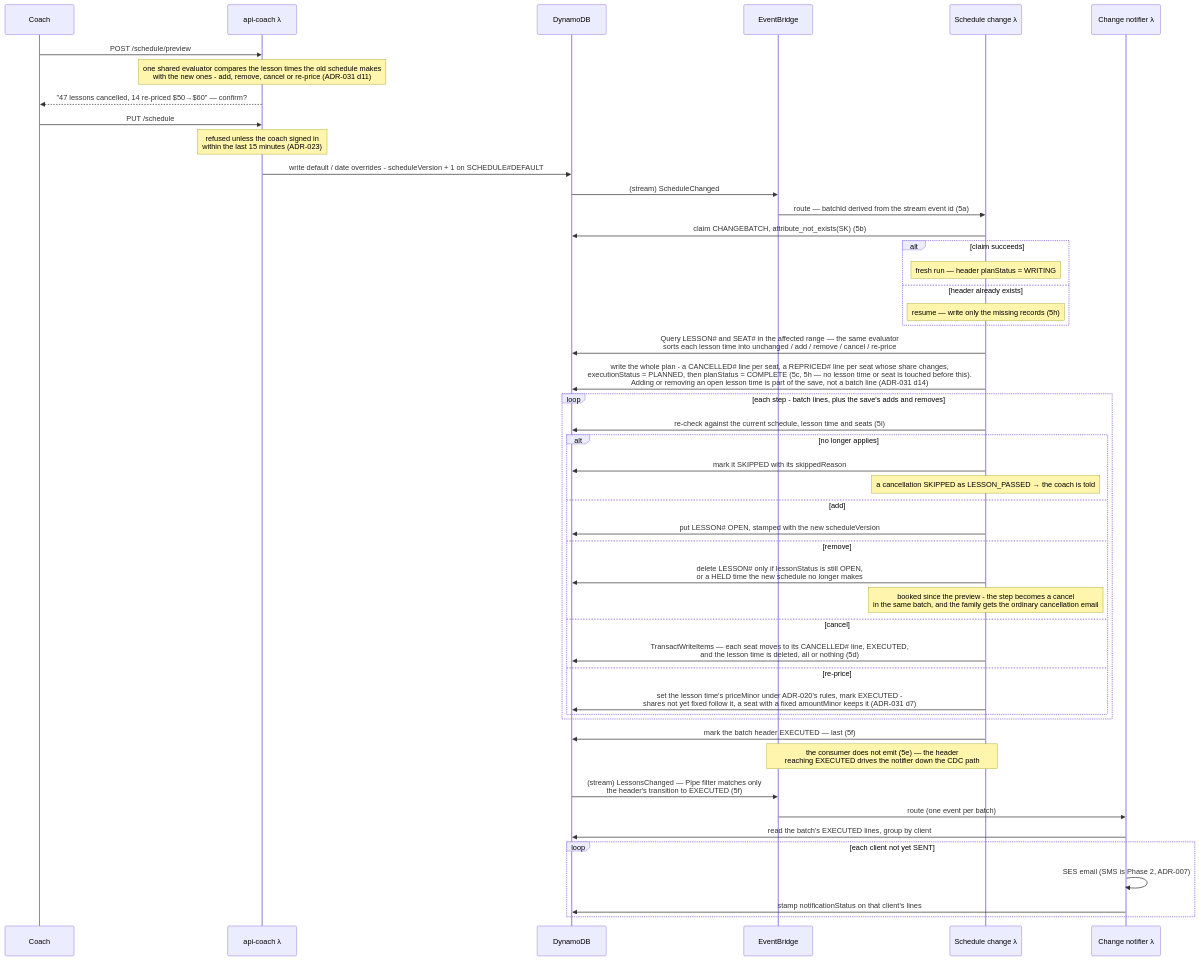
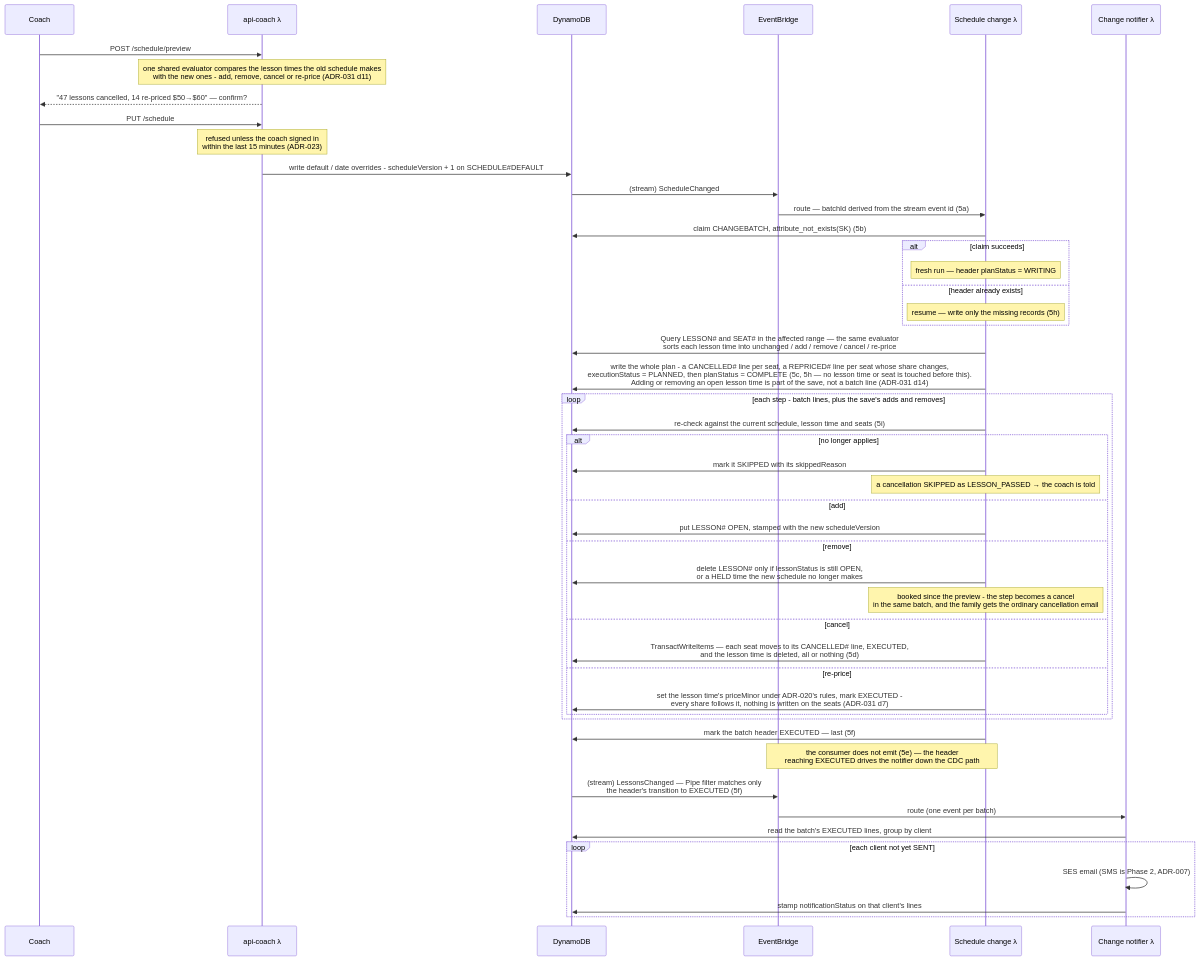
Diagram 15 of 28 in docs/architecture.md (jessicamvega6/bladebook), drawn with Mermaid before and after one commit. The commit also changed other lines of this file and 30 other files, not shown here.

````diff
--- a/docs/architecture.md
+++ b/docs/architecture.md
@@ -1082,50 +1079,50 @@
 ```mermaid
 sequenceDiagram
     participant C as Coach
     participant API as api-coach λ
     participant DB as DynamoDB
     participant Bus as EventBridge
     participant X as Schedule change λ
     participant N as Change notifier λ
     C->>API: POST /schedule/preview
     Note over API: one shared evaluator compares the lesson times the old schedule makes<br/>with the new ones - add, remove, cancel or re-price (ADR-031 d11)
     API-->>C: "47 lessons cancelled, 14 re-priced $50→$60" — confirm?
     C->>API: PUT /schedule
     Note over API: refused unless the coach signed in<br/>within the last 15 minutes (ADR-023)
     API->>DB: write default / date overrides - scheduleVersion + 1 on SCHEDULE#35;DEFAULT
     DB->>Bus: (stream) ScheduleChanged
     Bus->>X: route — batchId derived from the stream event id (5a)
     X->>DB: claim CHANGEBATCH, attribute_not_exists(SK) (5b)
     alt claim succeeds
         Note over X: fresh run — header planStatus = WRITING
     else header already exists
         Note over X: resume — write only the missing records (5h)
     end
     X->>DB: Query LESSON#35; and SEAT#35; in the affected range — the same evaluator<br/>sorts each lesson time into unchanged / add / remove / cancel / re-price
     X->>DB: write the whole plan - a CANCELLED#35; line per seat, a REPRICED#35; line per seat whose share changes,<br/>executionStatus = PLANNED, then planStatus = COMPLETE (5c, 5h — no lesson time or seat is touched before this).<br/>Adding or removing an open lesson time is part of the save, not a batch line (ADR-031 d14)
     loop each step - batch lines, plus the save's adds and removes
         X->>DB: re-check against the current schedule, lesson time and seats (5i)
         alt no longer applies
             X->>DB: mark it SKIPPED with its skippedReason
             Note over X: a cancellation SKIPPED as LESSON_PASSED → the coach is told
         else add
             X->>DB: put LESSON#35; OPEN, stamped with the new scheduleVersion
         else remove
             X->>DB: delete LESSON#35; only if lessonStatus is still OPEN,<br/>or a HELD time the new schedule no longer makes
             Note over X: booked since the preview - the step becomes a cancel<br/>in the same batch, and the family gets the ordinary cancellation email
         else cancel
             X->>DB: TransactWriteItems — each seat moves to its CANCELLED#35; line, EXECUTED,<br/>and the lesson time is deleted, all or nothing (5d)
         else re-price
-            X->>DB: set the lesson time's priceMinor under ADR-020's rules, mark EXECUTED -<br/>shares not yet fixed follow it, a seat with a fixed amountMinor keeps it (ADR-031 d7)
+            X->>DB: set the lesson time's priceMinor under ADR-020's rules, mark EXECUTED -<br/>every share follows it, nothing is written on the seats (ADR-031 d7)
         end
     end
     X->>DB: mark the batch header EXECUTED — last (5f)
     Note over X,Bus: the consumer does not emit (5e) — the header<br/>reaching EXECUTED drives the notifier down the CDC path
     DB->>Bus: (stream) LessonsChanged — Pipe filter matches only<br/>the header's transition to EXECUTED (5f)
     Bus->>N: route (one event per batch)
     N->>DB: read the batch's EXECUTED lines, group by client
     loop each client not yet SENT
         N->>N: SES email (SMS is Phase 2, ADR-007)
         N->>DB: stamp notificationStatus on that client's lines
     end
 ```
````
